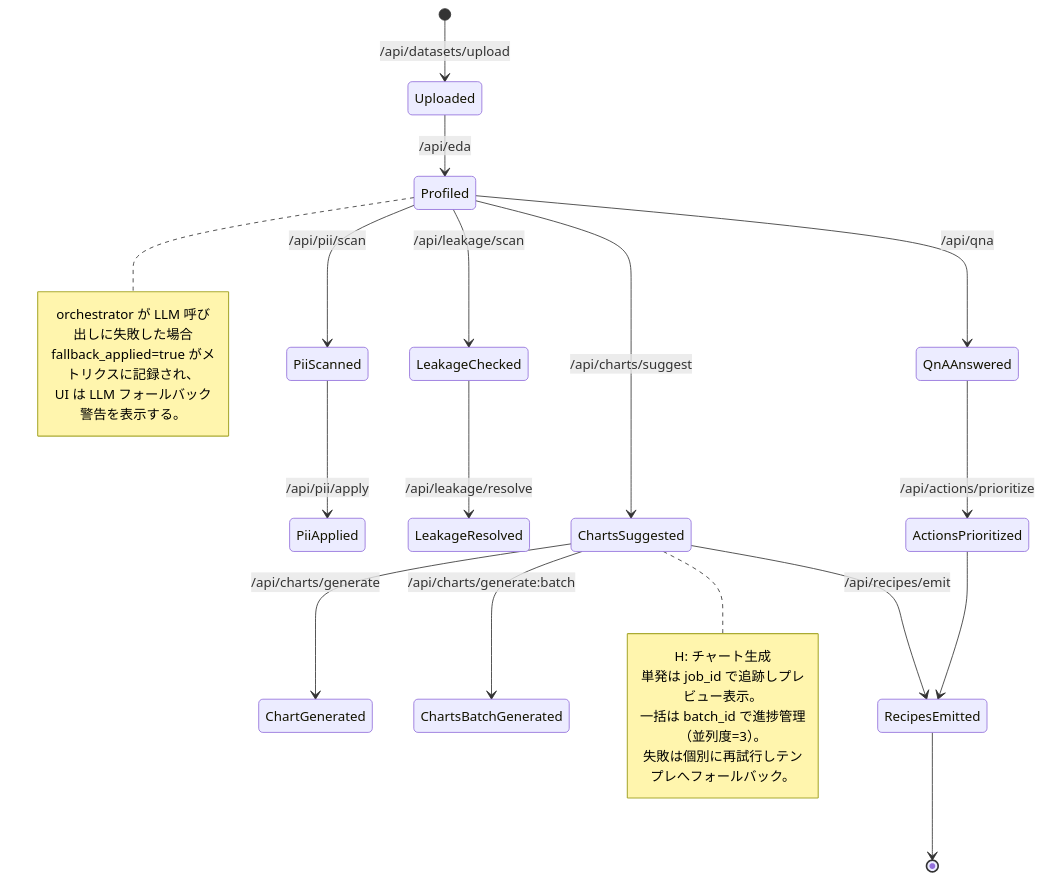
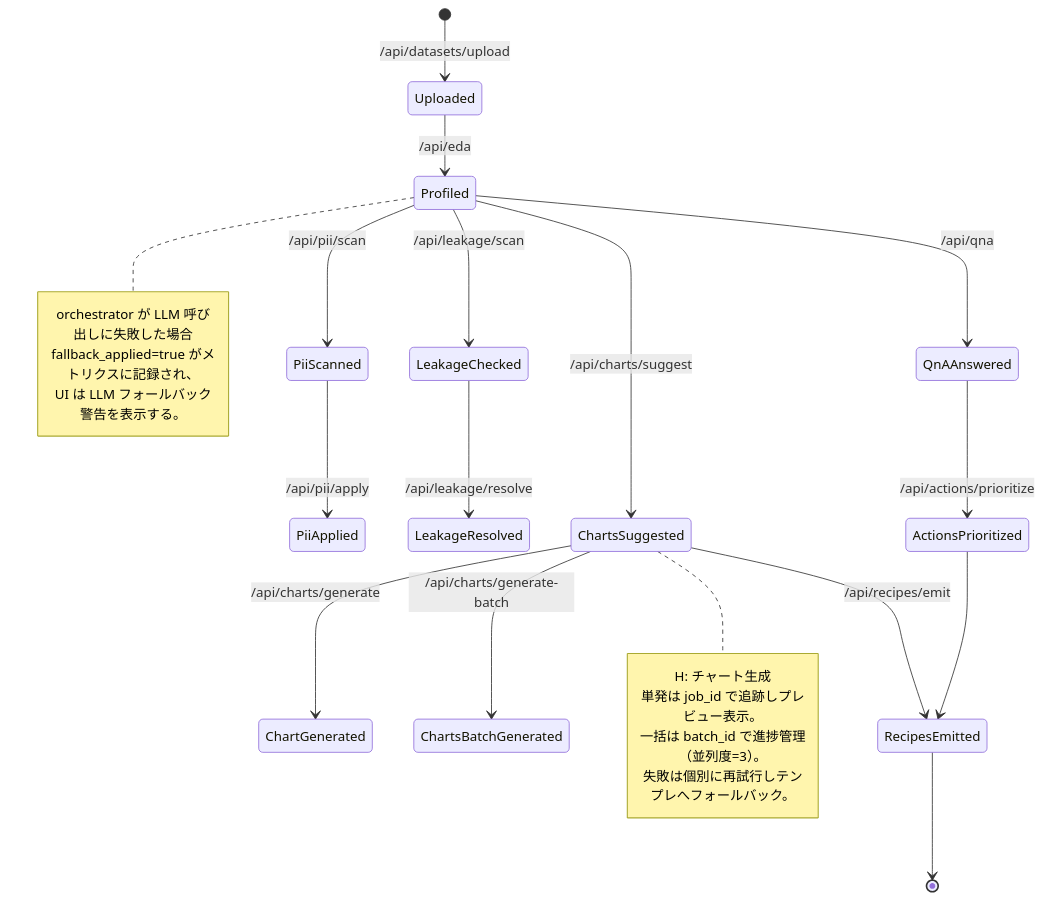
One commit to youkawa/AutoEDA changed the seventh of 7 diagrams in docs/diagram.md. Above: the diagram before and after it, drawn with Mermaid. The commit also changed other lines of this file, not shown here.

Commit message:
docs(diagram): fix Mermaid parse errors — add semicolons and avoid colon in labels (generate-batch)

````diff
--- a/docs/diagram.md
+++ b/docs/diagram.md
@@ -206,28 +206,28 @@
 ```mermaid
 stateDiagram-v2
   [*] --> Uploaded : /api/datasets/upload
   Uploaded --> Profiled : /api/eda
   Profiled --> PiiScanned : /api/pii/scan
   PiiScanned --> PiiApplied : /api/pii/apply
   Profiled --> LeakageChecked : /api/leakage/scan
   LeakageChecked --> LeakageResolved : /api/leakage/resolve
   Profiled --> ChartsSuggested : /api/charts/suggest
   ChartsSuggested --> ChartGenerated : /api/charts/generate
-  ChartsSuggested --> ChartsBatchGenerated : /api/charts/generate:batch
+  ChartsSuggested --> ChartsBatchGenerated : /api/charts/generate-batch
   Profiled --> QnAAnswered : /api/qna
   QnAAnswered --> ActionsPrioritized : /api/actions/prioritize
   ChartsSuggested --> RecipesEmitted : /api/recipes/emit
   ActionsPrioritized --> RecipesEmitted
   RecipesEmitted --> [*]
   note right of Profiled
     orchestrator が LLM 呼び出しに失敗した場合
     fallback_applied=true がメトリクスに記録され、
     UI は LLM フォールバック警告を表示する。
   end note
   note right of ChartsSuggested
     H: チャート生成
     単発は job_id で追跡しプレビュー表示。
     一括は batch_id で進捗管理（並列度=3）。
     失敗は個別に再試行しテンプレへフォールバック。
   end note
 ```
````
